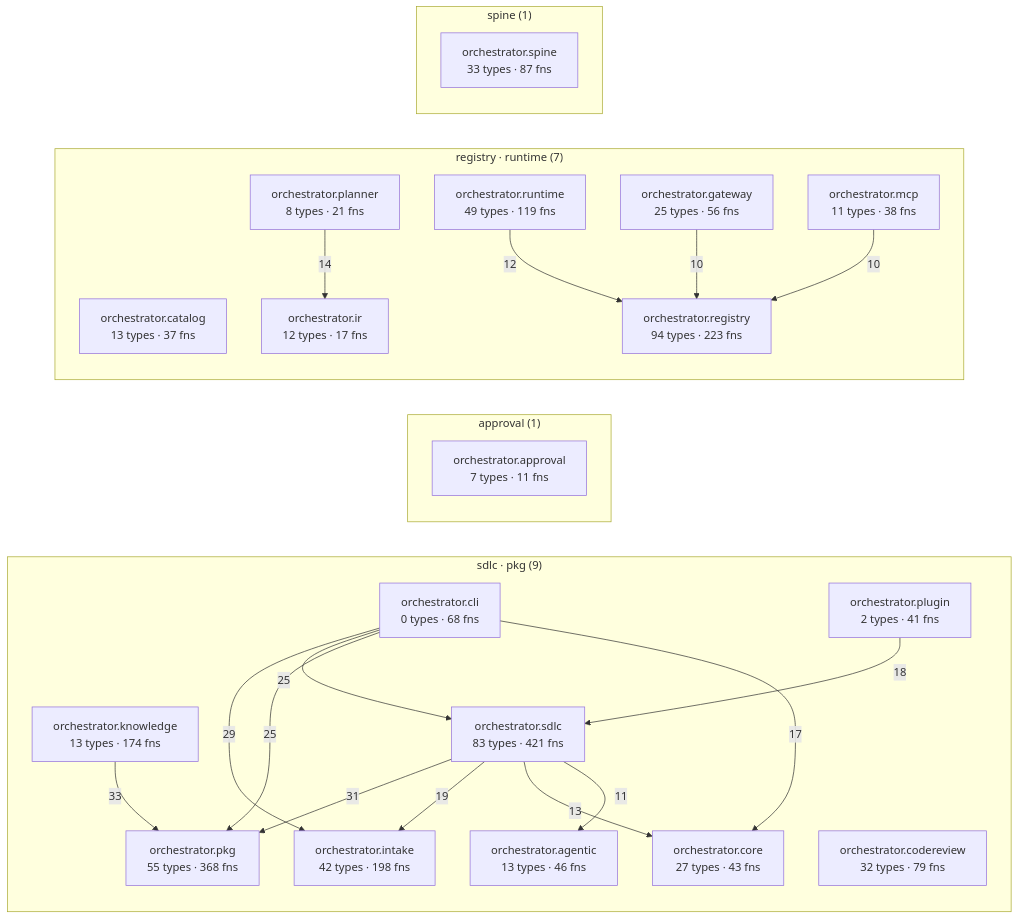
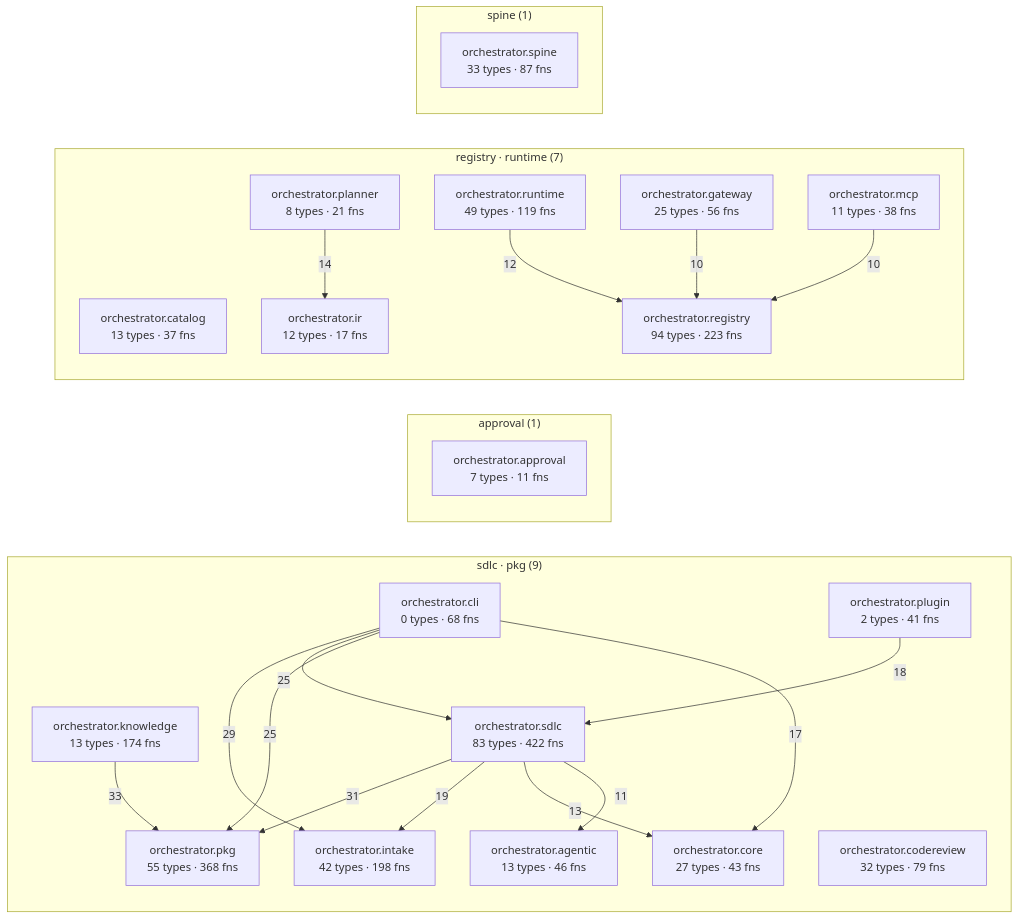
The diagram in episteme/architecture.md (synaptixs/spine), drawn with Mermaid before and after one commit. The commit also changed other lines of this file and 12 other files, not shown here.

````diff
--- a/episteme/architecture.md
+++ b/episteme/architecture.md
@@ -54,43 +54,43 @@
 ```mermaid
 flowchart LR
   subgraph c_1["sdlc · pkg (9)"]
     aorchestratoragentic["orchestrator.agentic<br/>13 types · 46 fns"]
     aorchestratorcli["orchestrator.cli<br/>0 types · 68 fns"]
     aorchestratorcodereview["orchestrator.codereview<br/>32 types · 79 fns"]
     aorchestratorcore["orchestrator.core<br/>27 types · 43 fns"]
     aorchestratorintake["orchestrator.intake<br/>42 types · 198 fns"]
     aorchestratorknowledge["orchestrator.knowledge<br/>13 types · 174 fns"]
     aorchestratorpkg["orchestrator.pkg<br/>55 types · 368 fns"]
     aorchestratorplugin["orchestrator.plugin<br/>2 types · 41 fns"]
-    aorchestratorsdlc["orchestrator.sdlc<br/>83 types · 421 fns"]
+    aorchestratorsdlc["orchestrator.sdlc<br/>83 types · 422 fns"]
   end
   subgraph c_2["approval (1)"]
     aorchestratorapproval["orchestrator.approval<br/>7 types · 11 fns"]
   end
   subgraph c_3["registry · runtime (7)"]
     aorchestratorcatalog["orchestrator.catalog<br/>13 types · 37 fns"]
     aorchestratorgateway["orchestrator.gateway<br/>25 types · 56 fns"]
     aorchestratorir["orchestrator.ir<br/>12 types · 17 fns"]
     aorchestratormcp["orchestrator.mcp<br/>11 types · 38 fns"]
     aorchestratorplanner["orchestrator.planner<br/>8 types · 21 fns"]
     aorchestratorregistry["orchestrator.registry<br/>94 types · 223 fns"]
     aorchestratorruntime["orchestrator.runtime<br/>49 types · 119 fns"]
   end
   subgraph c_10["spine (1)"]
     aorchestratorspine["orchestrator.spine<br/>33 types · 87 fns"]
   end
   aorchestratorknowledge -->|33| aorchestratorpkg
   aorchestratorsdlc -->|31| aorchestratorpkg
   aorchestratorcli -->|29| aorchestratorintake
   aorchestratorcli -->|25| aorchestratorsdlc
   aorchestratorcli -->|25| aorchestratorpkg
   aorchestratorsdlc -->|19| aorchestratorintake
   aorchestratorplugin -->|18| aorchestratorsdlc
   aorchestratorcli -->|17| aorchestratorcore
   aorchestratorplanner -->|14| aorchestratorir
   aorchestratorsdlc -->|13| aorchestratorcore
   aorchestratorruntime -->|12| aorchestratorregistry
   aorchestratorsdlc -->|11| aorchestratoragentic
   aorchestratorgateway -->|10| aorchestratorregistry
   aorchestratormcp -->|10| aorchestratorregistry
 ```
````
